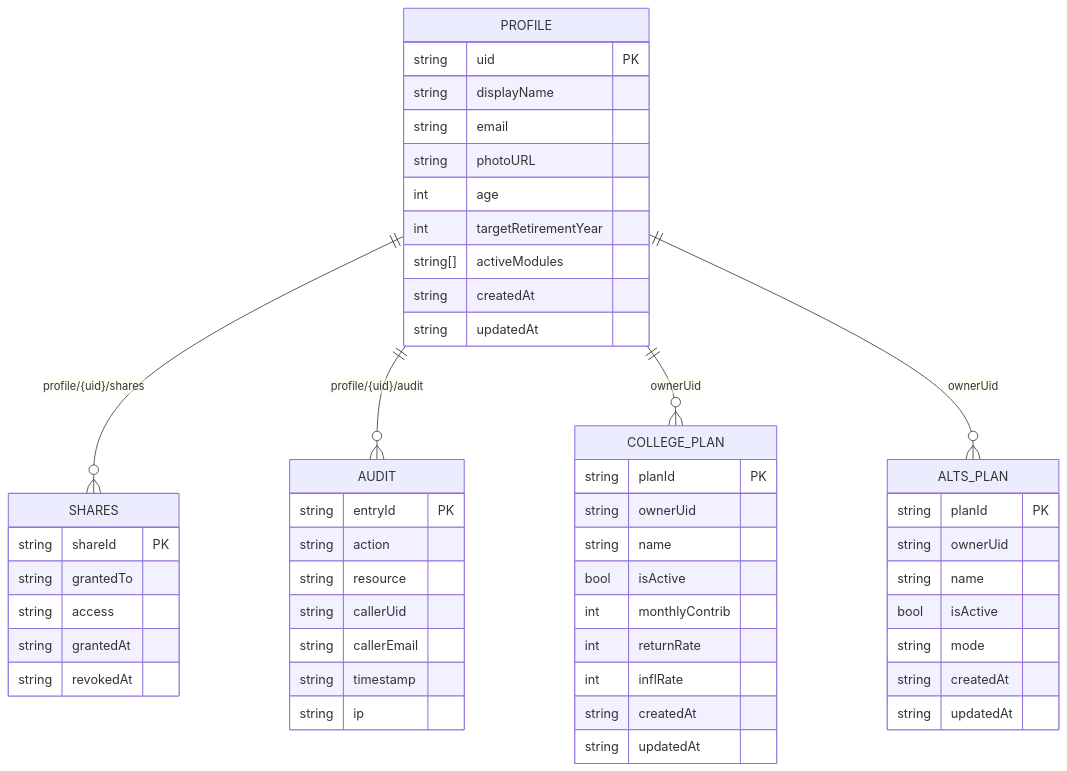
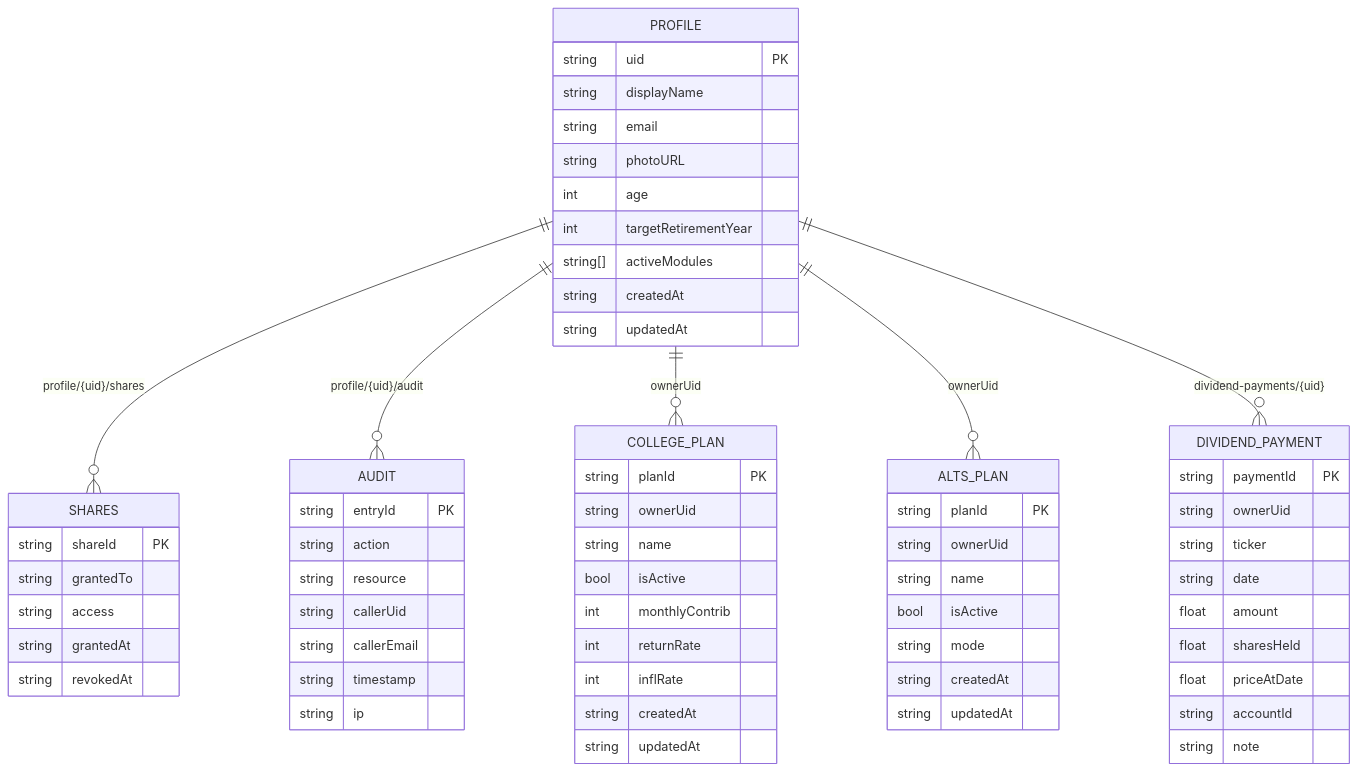
One commit to timothy-tagge/holistic-suite changed the fifth of 6 diagrams in docs/architecture.md. Above: the diagram before and after it, drawn with Mermaid. The commit also changed other lines of this file and 5 other files, not shown here.

Commit message:
docs: update spec, architecture diagrams, and e2e tests for dividends module

````diff
--- a/docs/architecture.md
+++ b/docs/architecture.md
@@ -131,55 +136,67 @@
 ```mermaid
 erDiagram
     PROFILE {
         string uid PK
         string displayName
         string email
         string photoURL
         int age
         int targetRetirementYear
         string[] activeModules
         string createdAt
         string updatedAt
     }
     SHARES {
         string shareId PK
         string grantedTo
         string access
         string grantedAt
         string revokedAt
     }
     AUDIT {
         string entryId PK
         string action
         string resource
         string callerUid
         string callerEmail
         string timestamp
         string ip
     }
     COLLEGE_PLAN {
         string planId PK
         string ownerUid
         string name
         bool isActive
         int monthlyContrib
         int returnRate
         int inflRate
         string createdAt
         string updatedAt
     }
     ALTS_PLAN {
         string planId PK
         string ownerUid
         string name
         bool isActive
         string mode
         string createdAt
         string updatedAt
     }
+    DIVIDEND_PAYMENT {
+        string paymentId PK
+        string ownerUid
+        string ticker
+        string date
+        float amount
+        float sharesHeld
+        float priceAtDate
+        string accountId
+        string note
+    }
 
     PROFILE ||--o{ SHARES : "profile/{uid}/shares"
     PROFILE ||--o{ AUDIT : "profile/{uid}/audit"
     PROFILE ||--o{ COLLEGE_PLAN : "ownerUid"
     PROFILE ||--o{ ALTS_PLAN : "ownerUid"
+    PROFILE ||--o{ DIVIDEND_PAYMENT : "dividend-payments/{uid}"
 ```
````
